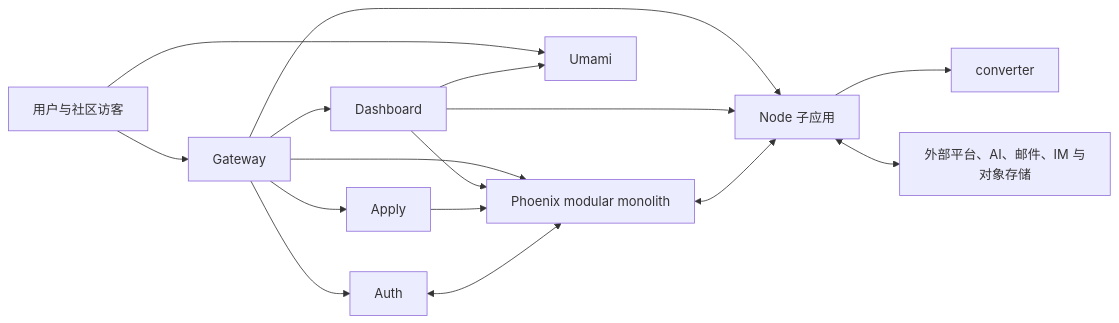
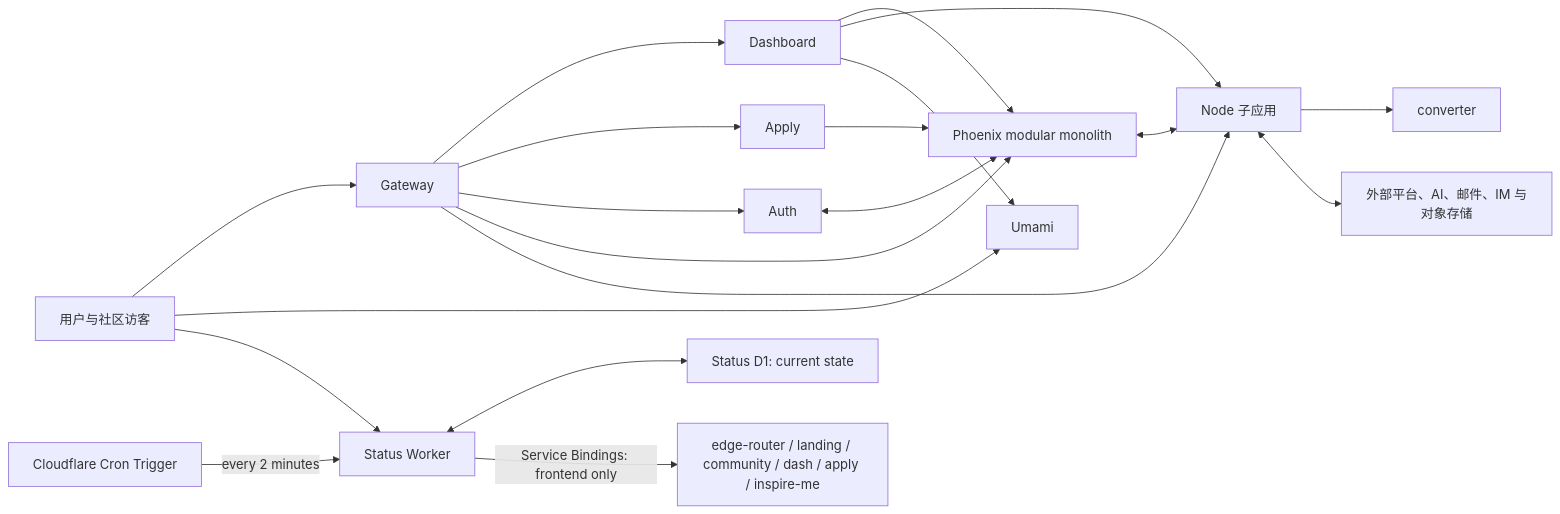
The diagram in docs/architecture/apps.md (groupher/groupher), drawn with Mermaid before and after one commit. The commit also changed other lines of this file and 36 other files, not shown here.

First line of the commit message:
[codex] Migrate Status to Cloudflare Worker (#608)

````diff
--- a/docs/architecture/apps.md
+++ b/docs/architecture/apps.md
@@ -110,31 +118,39 @@
 ```mermaid
 flowchart LR
   User["用户与社区访客"]
   Dashboard["Dashboard"]
   Apply["Apply"]
   Auth["Auth"]
   Gateway["Gateway"]
   Phoenix["Phoenix modular monolith"]
   Apps["Node 子应用"]
   Converter["converter"]
   Umami["Umami"]
+  Status["Status Worker"]
+  StatusD1["Status D1: current state"]
+  StatusCron["Cloudflare Cron Trigger"]
+  FrontendWorkers["edge-router / landing / community / dash / apply / inspire-me"]
   Providers["外部平台、AI、邮件、IM 与对象存储"]
 
   User --> Gateway
   Gateway --> Dashboard
   Gateway --> Apply
   Gateway --> Auth
   Gateway --> Phoenix
   Gateway --> Apps
 
   Dashboard --> Phoenix
   Dashboard --> Apps
   Apply --> Phoenix
   Auth <--> Phoenix
 
   Phoenix <--> Apps
   Apps --> Converter
   Apps <--> Providers
   User --> Umami
   Dashboard --> Umami
+  User --> Status
+  StatusCron -->|every 2 minutes| Status
+  Status <--> StatusD1
+  Status -->|Service Bindings: frontend only| FrontendWorkers
 ```
````
